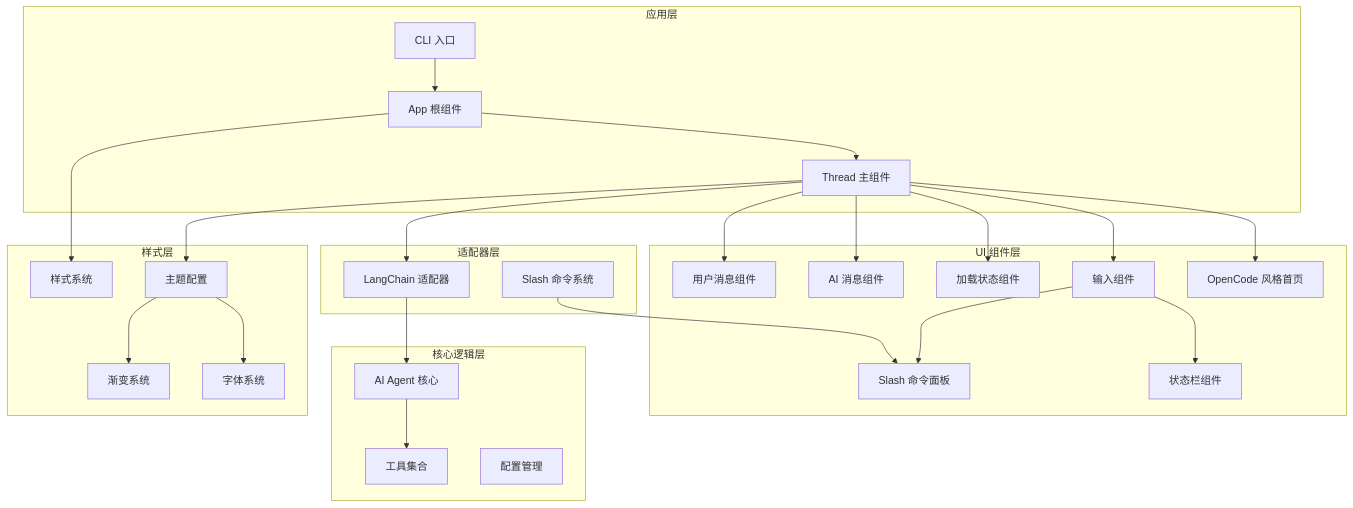
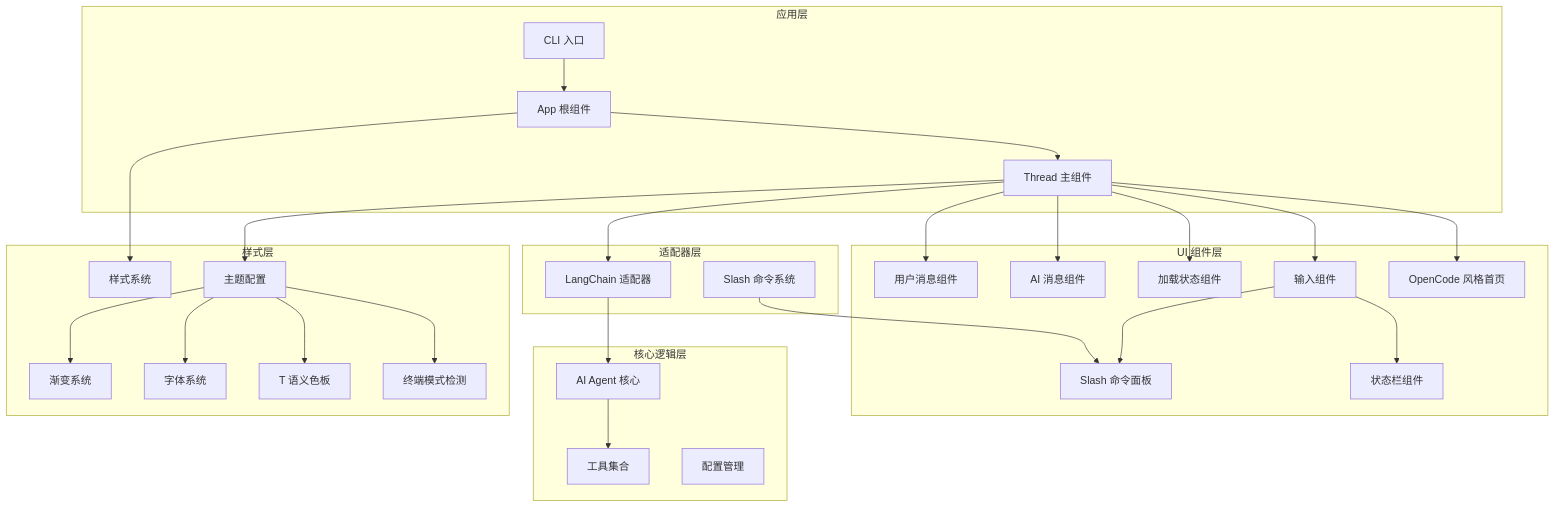
Before and after one commit to HAOFUYANG/onion-code: the first of 12 diagrams in .qoder/repowiki/zh/content/核心架构/React 终端 UI 组件.md, drawn with Mermaid. The commit also changed other lines of this file and 14 other files, not shown here.

````diff
--- a/.qoder/repowiki/zh/content/核心架构/React 终端 UI 组件.md
+++ b/.qoder/repowiki/zh/content/核心架构/React 终端 UI 组件.md
@@ -55,49 +60,53 @@
 ```mermaid
 graph TB
 subgraph "应用层"
 CLI[CLI 入口]
 App[App 根组件]
 Thread[Thread 主组件]
 end
 subgraph "UI 组件层"
 UserMsg[用户消息组件]
 AIMsg[AI 消息组件]
 Loading[加载状态组件]
 Composer[输入组件]
 SlashPanel[Slash 命令面板]
 HomePage[OpenCode 风格首页]
 StatusBar[状态栏组件]
 end
 subgraph "适配器层"
 Adapter[LangChain 适配器]
 Commands[Slash 命令系统]
 end
 subgraph "核心逻辑层"
 Agent[AI Agent 核心]
 Tools[工具集合]
 Config[配置管理]
 end
 subgraph "样式层"
 Style[样式系统]
 Theme[主题配置]
 Gradient[渐变系统]
 Figlet[字体系统]
+T[T 语义色板]
+TerminalMode[终端模式检测]
 end
 CLI --> App
 App --> Thread
 Thread --> HomePage
 Thread --> UserMsg
 Thread --> AIMsg
 Thread --> Loading
 Thread --> Composer
 Composer --> SlashPanel
 Composer --> StatusBar
 Thread --> Adapter
 Adapter --> Agent
 Agent --> Tools
 App --> Style
 Thread --> Theme
 Theme --> Gradient
 Theme --> Figlet
+Theme --> T
+Theme --> TerminalMode
 Commands --> SlashPanel
 ```
````
